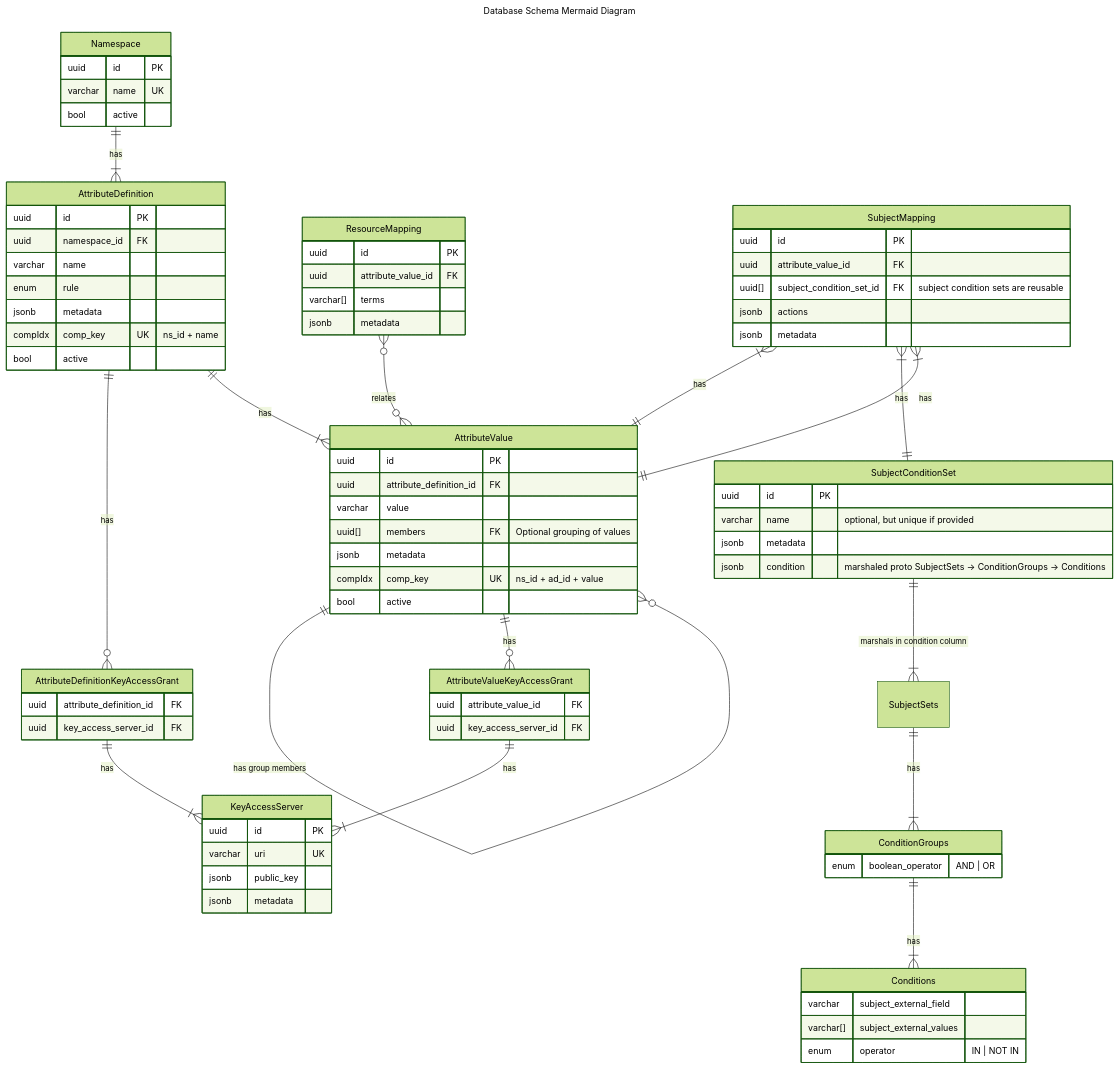
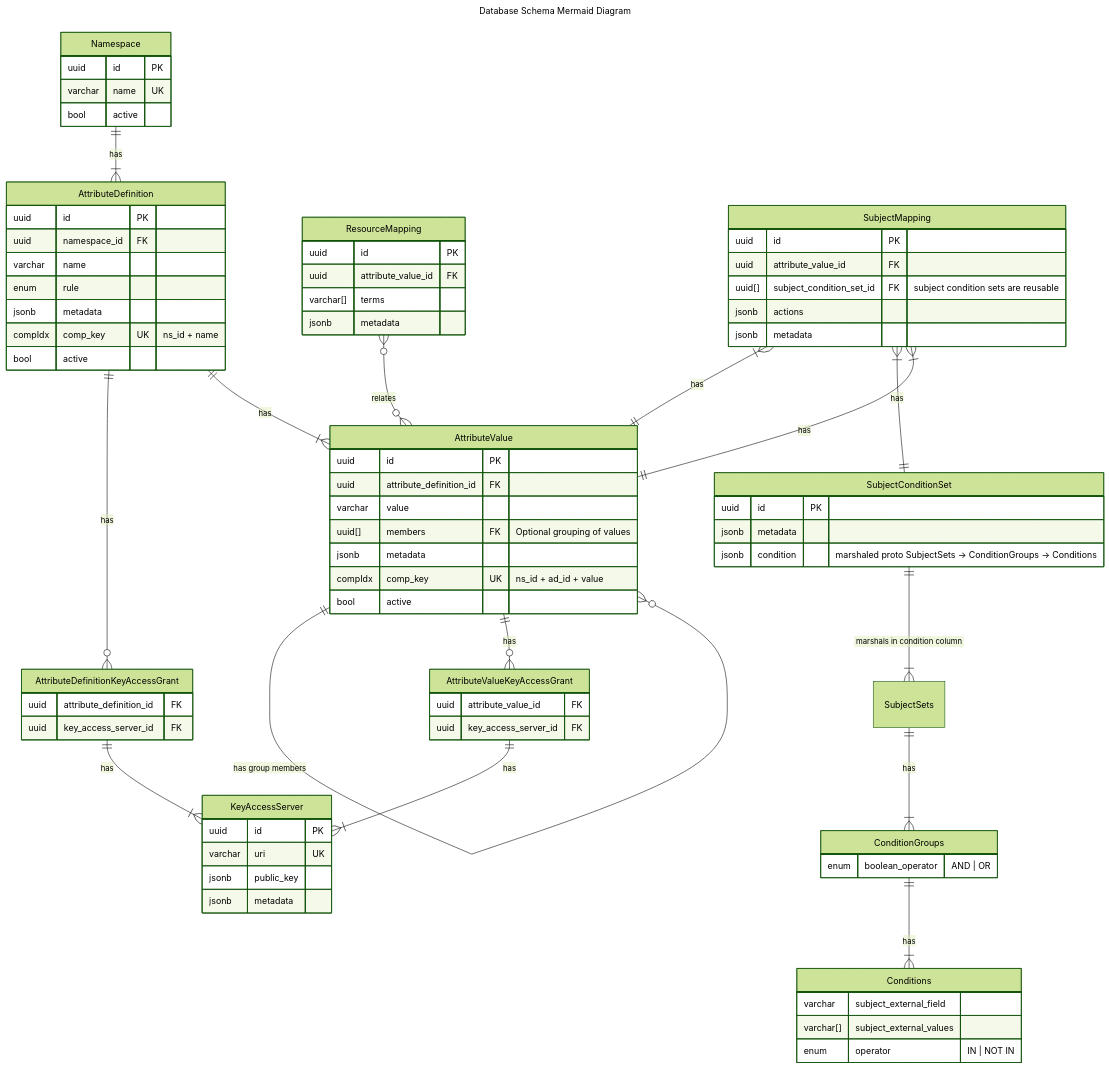
One commit to opentdf/platform changed the diagram in migrations/20240304000000_add_subject_condition_sets.md. Above: the diagram before and after it, drawn with Mermaid (forest theme). The commit also changed 15 other files, not shown here.

```diff
--- a/migrations/20240304000000_add_subject_condition_sets.md
+++ b/migrations/20240304000000_add_subject_condition_sets.md
@@ -116,7 +116,6 @@
 
     SubjectConditionSet {
         uuid            id                              PK
-        varchar         name                    "optional, but unique if provided"
         jsonb           metadata
         jsonb           condition                "marshaled proto SubjectSets -> ConditionGroups -> Conditions"
     }
```
